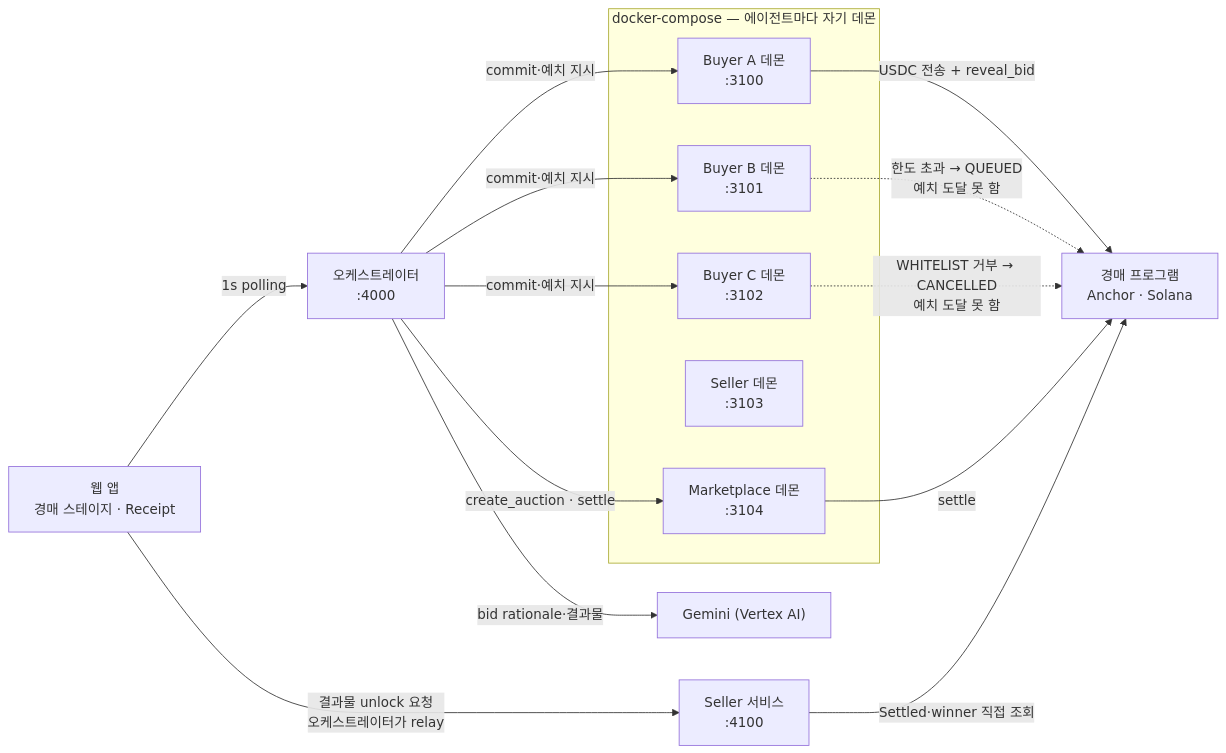
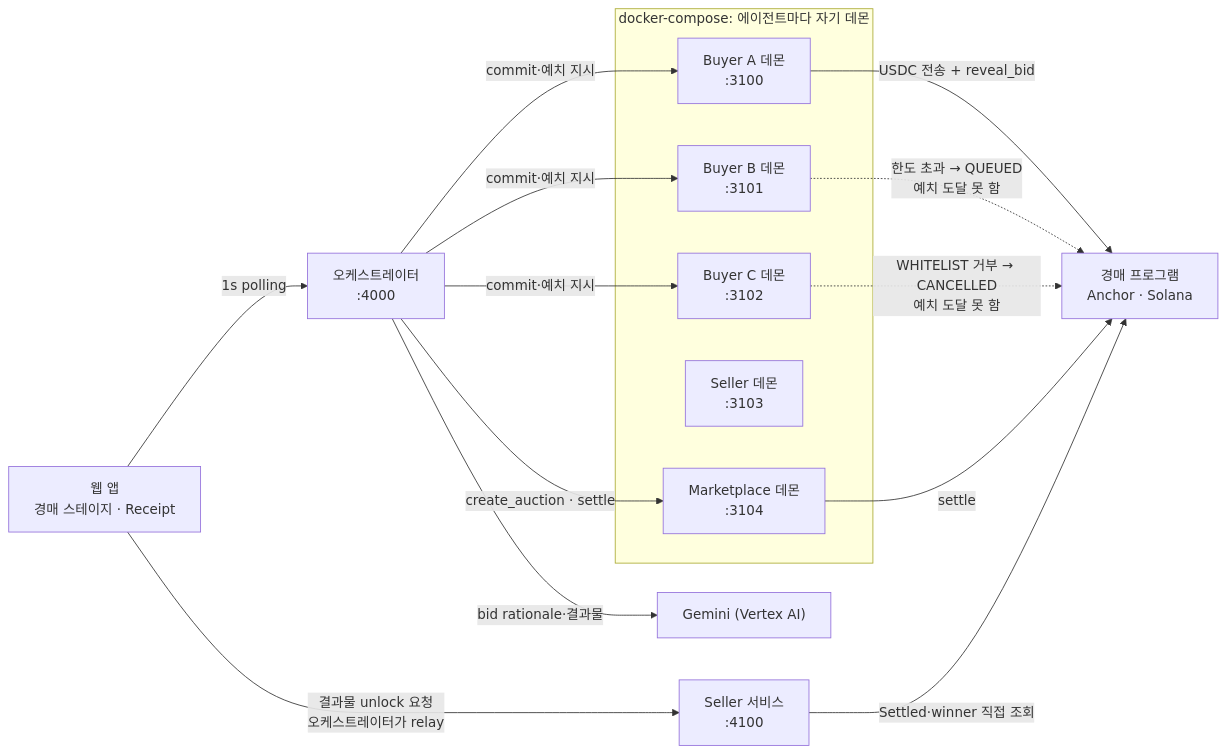
Before and after one commit to waiaas/a2a-auction: the diagram in README.md, drawn with Mermaid. The commit also changed other lines of this file, not shown here.

````diff
--- a/README.md
+++ b/README.md
@@ -62,22 +64,22 @@
 ```mermaid
 flowchart LR
     UI[웹 앱<br/>경매 스테이지 · Receipt] -->|1s polling| ORCH[오케스트레이터<br/>:4000]
     ORCH -->|bid rationale·결과물| GEMINI["Gemini (Vertex AI)"]
 
-    subgraph Compose["docker-compose — 에이전트마다 자기 데몬"]
+    subgraph Compose["docker-compose: 에이전트마다 자기 데몬"]
         BA[Buyer A 데몬<br/>:3100]
         BB[Buyer B 데몬<br/>:3101]
         BC[Buyer C 데몬<br/>:3102]
         SEL[Seller 데몬<br/>:3103]
         MKT[Marketplace 데몬<br/>:3104]
     end
 
     ORCH -->|commit·예치 지시| BA & BB & BC
     ORCH -->|create_auction · settle| MKT
     BA -->|USDC 전송 + reveal_bid| PROG[경매 프로그램<br/>Anchor · Solana]
     BB -.->|한도 초과 → QUEUED<br/>예치 도달 못 함| PROG
     BC -.->|WHITELIST 거부 → CANCELLED<br/>예치 도달 못 함| PROG
     MKT -->|settle| PROG
     SELLER[Seller 서비스<br/>:4100] -->|Settled·winner 직접 조회| PROG
     UI -->|결과물 unlock 요청<br/>오케스트레이터가 relay| SELLER
 ```
````
